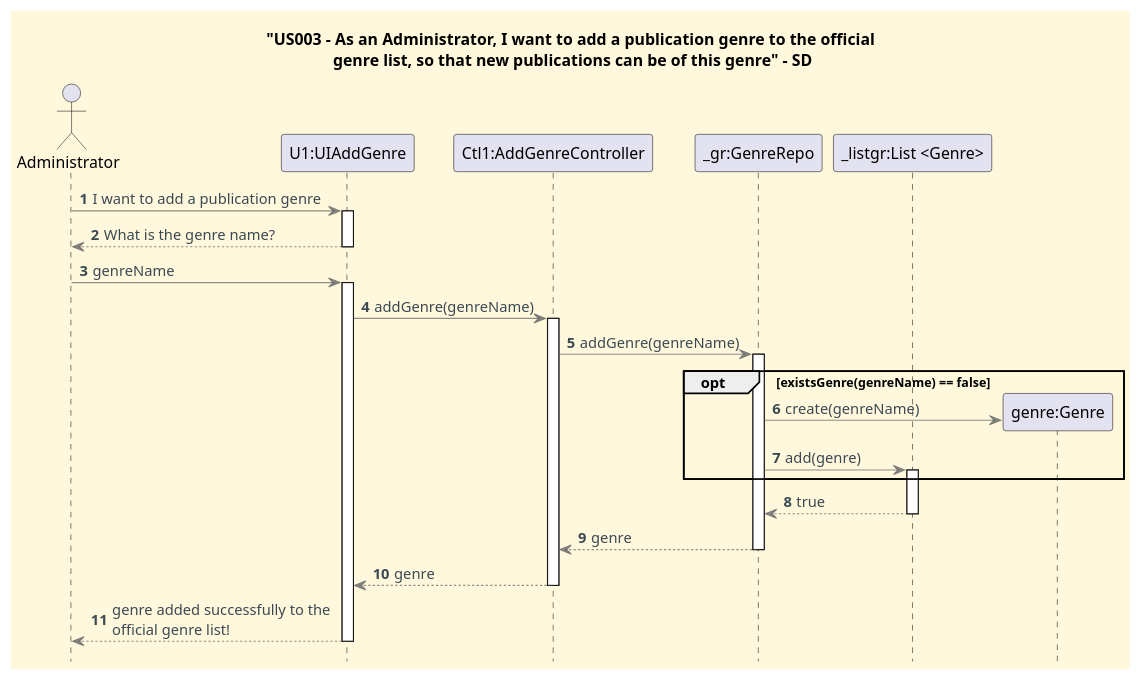
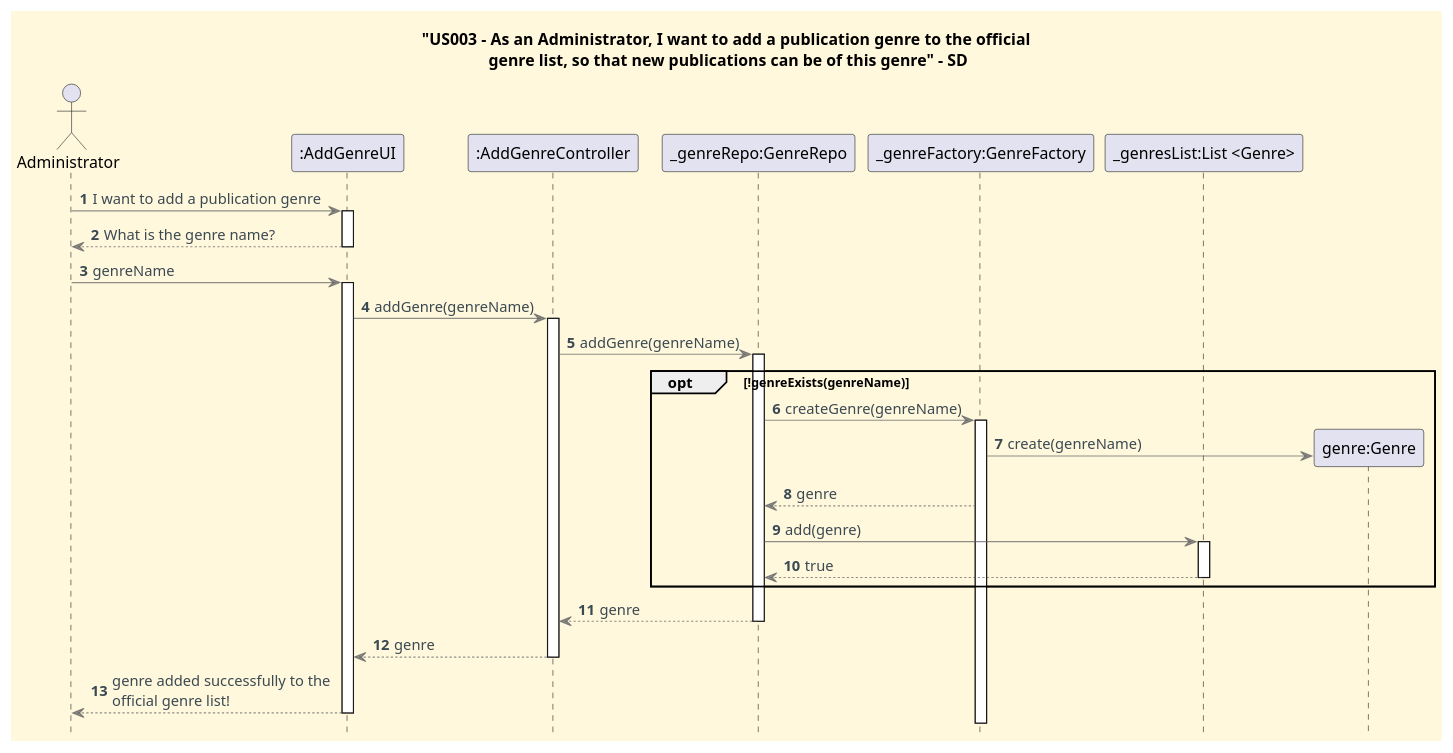
The diagram in docs/userStories/US003/US003_add_genre_SD.puml (CarolinaLeite-collab/JavaMarketplacePlatform), drawn with PlantUML before and after one commit.

Commit message:
docs: updated US003 SD to include GenreFactory, resolves #273

```diff
--- a/docs/userStories/US003/US003_add_genre_SD.puml
+++ b/docs/userStories/US003/US003_add_genre_SD.puml
@@ -1,56 +1,61 @@
 @startuml
 
 title "US003 - As an Administrator, I want to add a publication genre to the official \ngenre list, so that new publications can be of this genre" - SD
 
 '==== basic style ====
 skinparam monochrome false
 skinparam shadowing false
 skinparam defaultFontName Futura
 skinparam objectFontSize 20
 skinparam backgroundColor CornSilk
 skinparam objectBackgroundColor WhiteSmoke
 skinparam noteBackgroundColor #FFFFE0
 skinparam ArrowFontColor #3B4953
 skinparam ArrowColor #57595BAA
 skinparam ActivationBackgroundColor WhiteSmoke
-hidefootbox
+hide footbox
 
 autonumber
 
 actor Administrator
-participant "U1:UIAddGenre" as UI
-participant "Ctl1:AddGenreController" as Ctl
-participant "_gr:GenreRepo" as gr
-participant "_listgr:List <Genre>" as list
+participant ":AddGenreUI" as UI
+participant ":AddGenreController" as Ctl
+participant "_genreRepo:GenreRepo" as gr
+participant "_genreFactory:GenreFactory" as gf
+participant "_genresList:List <Genre>" as list
 
 Administrator -> UI: I want to add a publication genre
 activate UI
 UI --> Administrator: What is the genre name?
 deactivate UI
 Administrator -> UI: genreName
 activate UI
 
 UI -> Ctl: addGenre(genreName)
 activate Ctl
 Ctl -> gr: addGenre(genreName)
 activate gr
 
-opt existsGenre(genreName) == false
+opt !genreExists(genreName)
+        gr -> gf : createGenre(genreName)
+        activate gf
         create "genre:Genre"
-        gr -> "genre:Genre": create(genreName)
+        gf -> "genre:Genre": create(genreName)
+        gf --> gr : genre
         gr -> list: add(genre)
         activate list
+        list --> gr: true
+        deactivate list
     end
 
-list --> gr: true
-deactivate list
+
 gr --> Ctl: genre
 deactivate gr
 
 Ctl --> UI: genre
 deactivate Ctl
 
 UI --> Administrator: genre added successfully to the \nofficial genre list!
 deactivate UI
 
 @enduml
```
